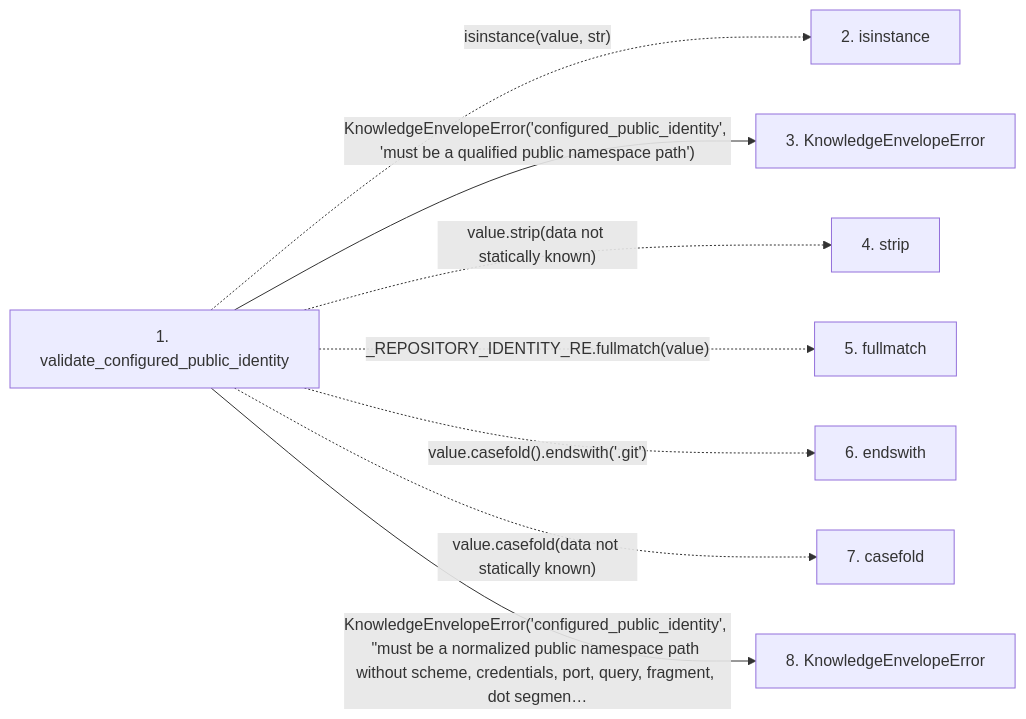
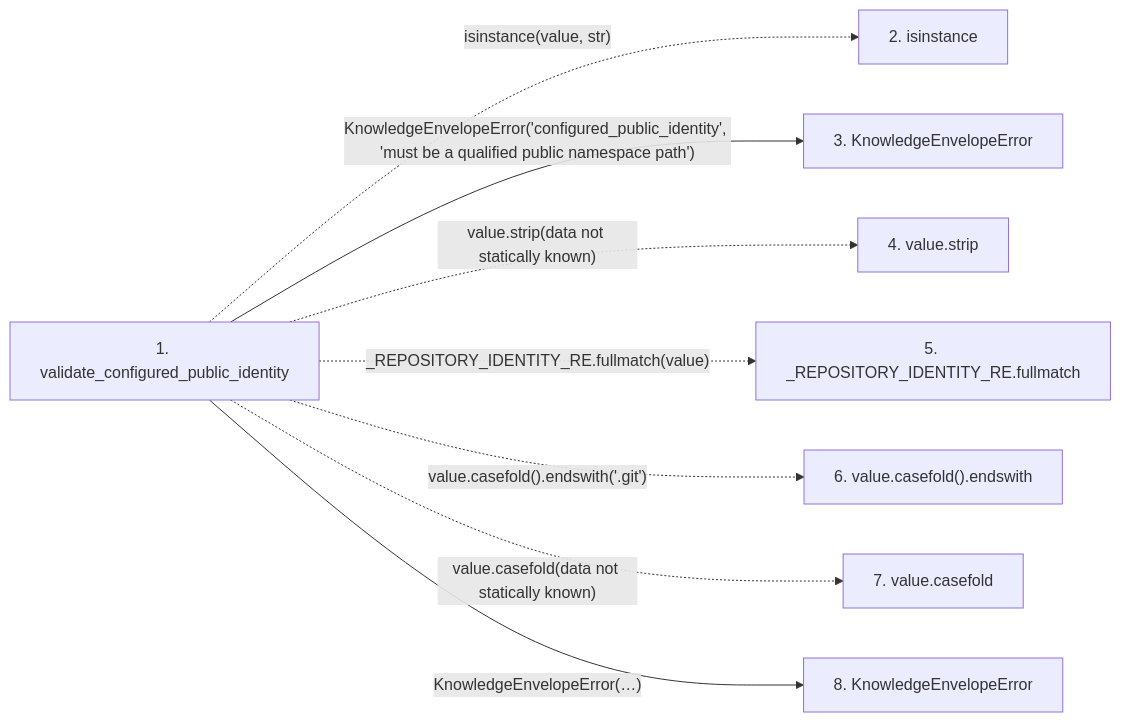
Before and after one commit to Denissvgn/python-wiki-llm: the second of 2 diagrams in docs/llm_wiki/flows/api-validate_configured_public_identity.md, drawn with Mermaid. The commit also changed other lines of this file and 719 other files, not shown here.

````diff
--- a/docs/llm_wiki/flows/api-validate_configured_public_identity.md
+++ b/docs/llm_wiki/flows/api-validate_configured_public_identity.md
@@ -31,21 +31,21 @@
 ```mermaid
 flowchart LR
     s1["1. validate_configured_public_identity"]
     s2["2. isinstance"]
     s3["3. KnowledgeEnvelopeError"]
-    s4["4. strip"]
-    s5["5. fullmatch"]
-    s6["6. endswith"]
-    s7["7. casefold"]
+    s4["4. value.strip"]
+    s5["5. _REPOSITORY_IDENTITY_RE.fullmatch"]
+    s6["6. value.casefold().endswith"]
+    s7["7. value.casefold"]
     s8["8. KnowledgeEnvelopeError"]
     s1 -. "isinstance(value, str)" .-> s2
     s1 -->|"KnowledgeEnvelopeError('configured_public_identity', 'must be a qualified public namespace path')"| s3
     s1 -. "value.strip(data not statically known)" .-> s4
     s1 -. "_REPOSITORY_IDENTITY_RE.fullmatch(value)" .-> s5
     s1 -. "value.casefold().endswith('.git')" .-> s6
     s1 -. "value.casefold(data not statically known)" .-> s7
-    s1 -->|"KnowledgeEnvelopeError('configured_public_identity', #34;must be a normalized public namespace path without scheme, credentials, port, query, fragment, dot segmen…"| s8
+    s1 -->|"KnowledgeEnvelopeError(…)"| s8
     click s1 "../modules/knowledge_envelope.md"
     click s3 "../modules/knowledge_envelope.md"
     click s8 "../modules/knowledge_envelope.md"
 ```
````
